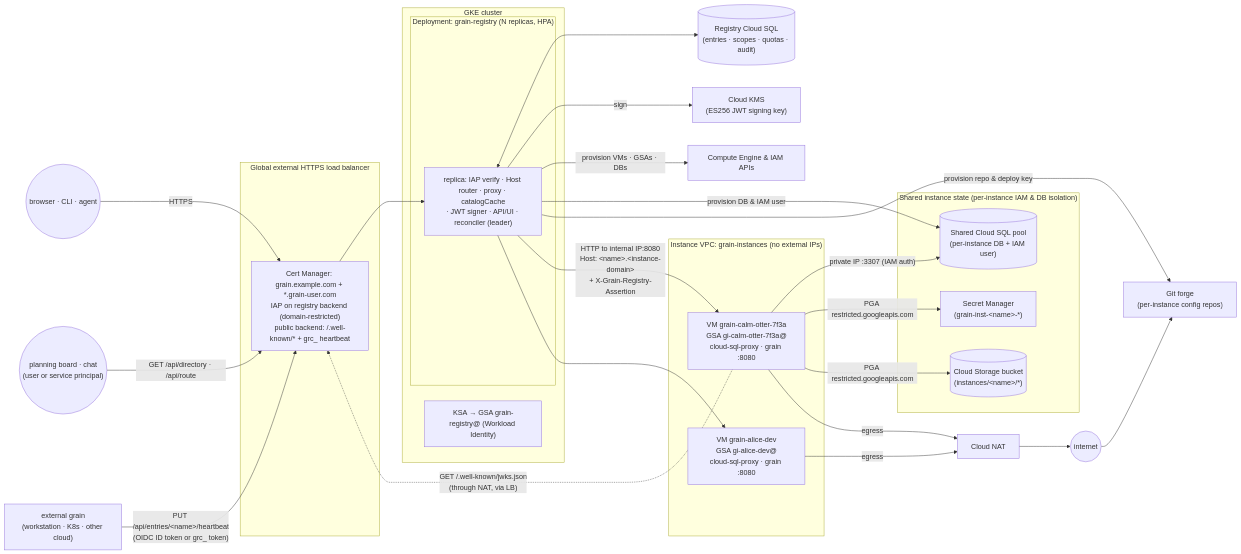
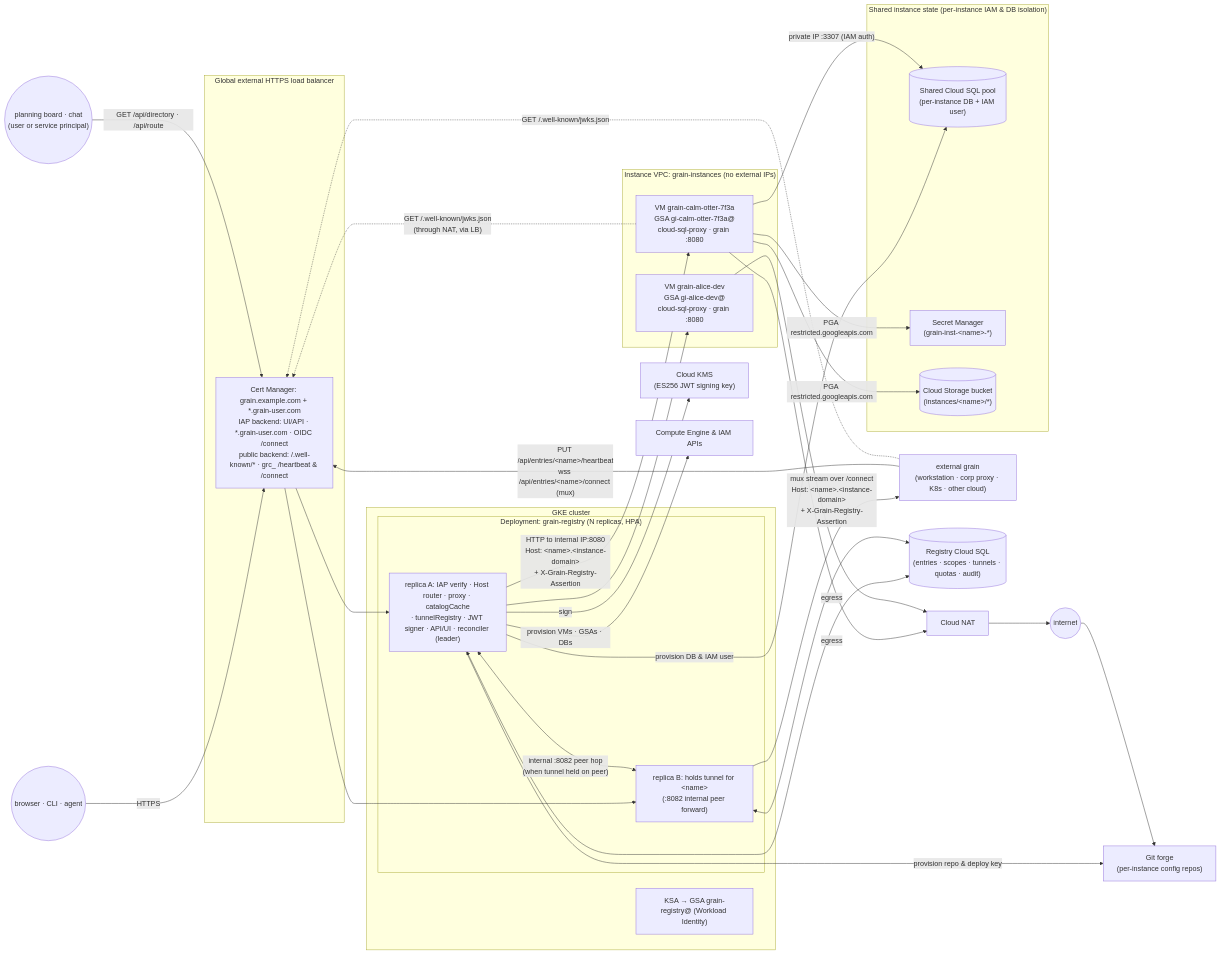
One commit to ai-on-gke/grain changed the first of 2 diagrams in design/design/registry.design.md. Above: the diagram before and after it, drawn with Mermaid. The commit also changed other lines of this file, not shown here.

````diff
--- a/design/design/registry.design.md
+++ b/design/design/registry.design.md
@@ -65,44 +64,50 @@
 ```mermaid
 flowchart LR
   user((browser · CLI · agent)) -->|HTTPS| lb
   board(("planning board · chat<br/>(user or service principal)")) -->|"GET /api/directory · /api/route"| lb
-  extgrain["external grain<br/>(workstation · K8s · other cloud)"] -->|"PUT /api/entries/&lt;name&gt;/heartbeat<br/>(OIDC ID token or grc_ token)"| lb
+  extgrain["external grain<br/>(workstation · corp proxy · K8s · other cloud)"] -->|"PUT /api/entries/&lt;name&gt;/heartbeat<br/>wss /api/entries/&lt;name&gt;/connect (mux)"| lb
   subgraph edge["Global external HTTPS load balancer"]
-    lb["Cert Manager: grain.example.com + *.grain-user.com<br/>IAP on registry backend (domain-restricted)<br/>public backend: /.well-known/* + grc_ heartbeat"]
+    lb["Cert Manager: grain.example.com + *.grain-user.com<br/>IAP backend: UI/API · *.grain-user.com · OIDC /connect<br/>public backend: /.well-known/* · grc_ /heartbeat &amp; /connect"]
   end
   subgraph gke["GKE cluster"]
     subgraph reg["Deployment: grain-registry (N replicas, HPA)"]
-      r1["replica: IAP verify · Host router · proxy · catalogCache<br/>· JWT signer · API/UI · reconciler (leader)"]
+      r1["replica A: IAP verify · Host router · proxy · catalogCache<br/>· tunnelRegistry · JWT signer · API/UI · reconciler (leader)"]
+      r2["replica B: holds tunnel for &lt;name&gt;<br/>(:8082 internal peer forward)"]
     end
     ksa["KSA → GSA grain-registry@ (Workload Identity)"]
   end
-  regsql[("Registry Cloud SQL<br/>(entries · scopes · quotas · audit)")]
+  regsql[("Registry Cloud SQL<br/>(entries · scopes · tunnels · quotas · audit)")]
   kms["Cloud KMS<br/>(ES256 JWT signing key)"]
   compute["Compute Engine & IAM APIs"]
   forge["Git forge<br/>(per-instance config repos)"]
   subgraph state["Shared instance state (per-instance IAM & DB isolation)"]
     instsql[("Shared Cloud SQL pool<br/>(per-instance DB + IAM user)")]
     sm["Secret Manager<br/>(grain-inst-&lt;name&gt;-*)"]
     gcs[("Cloud Storage bucket<br/>(instances/&lt;name&gt;/*)")]
   end
   subgraph vpc["Instance VPC: grain-instances (no external IPs)"]
     vm1["VM grain-calm-otter-7f3a<br/>GSA gi-calm-otter-7f3a@<br/>cloud-sql-proxy · grain :8080"]
     vm2["VM grain-alice-dev<br/>GSA gi-alice-dev@<br/>cloud-sql-proxy · grain :8080"]
   end
   nat["Cloud NAT"] --> internet((internet))
   lb --> r1
+  lb --> r2
+  r1 <-->|"internal :8082 peer hop<br/>(when tunnel held on peer)"| r2
+  r2 -->|"mux stream over /connect<br/>Host: &lt;name&gt;.&lt;instance-domain&gt;<br/>+ X-Grain-Registry-Assertion"| extgrain
   r1 <--> regsql
+  r2 <--> regsql
   r1 -->|sign| kms
   r1 -->|provision VMs · GSAs · DBs| compute
   r1 -->|provision DB & IAM user| instsql
   r1 -->|provision repo & deploy key| forge
   r1 -->|"HTTP to internal IP:8080<br/>Host: &lt;name&gt;.&lt;instance-domain&gt;<br/>+ X-Grain-Registry-Assertion"| vm1
   r1 --> vm2
   vm1 -->|"private IP :3307 (IAM auth)"| instsql
   vm1 -->|"PGA restricted.googleapis.com"| sm
   vm1 -->|"PGA restricted.googleapis.com"| gcs
   vm1 -->|egress| nat
   vm2 -->|egress| nat
   internet --> forge
   vm1 -.->|"GET /.well-known/jwks.json<br/>(through NAT, via LB)"| lb
+  extgrain -.->|"GET /.well-known/jwks.json"| lb
 ```
````
